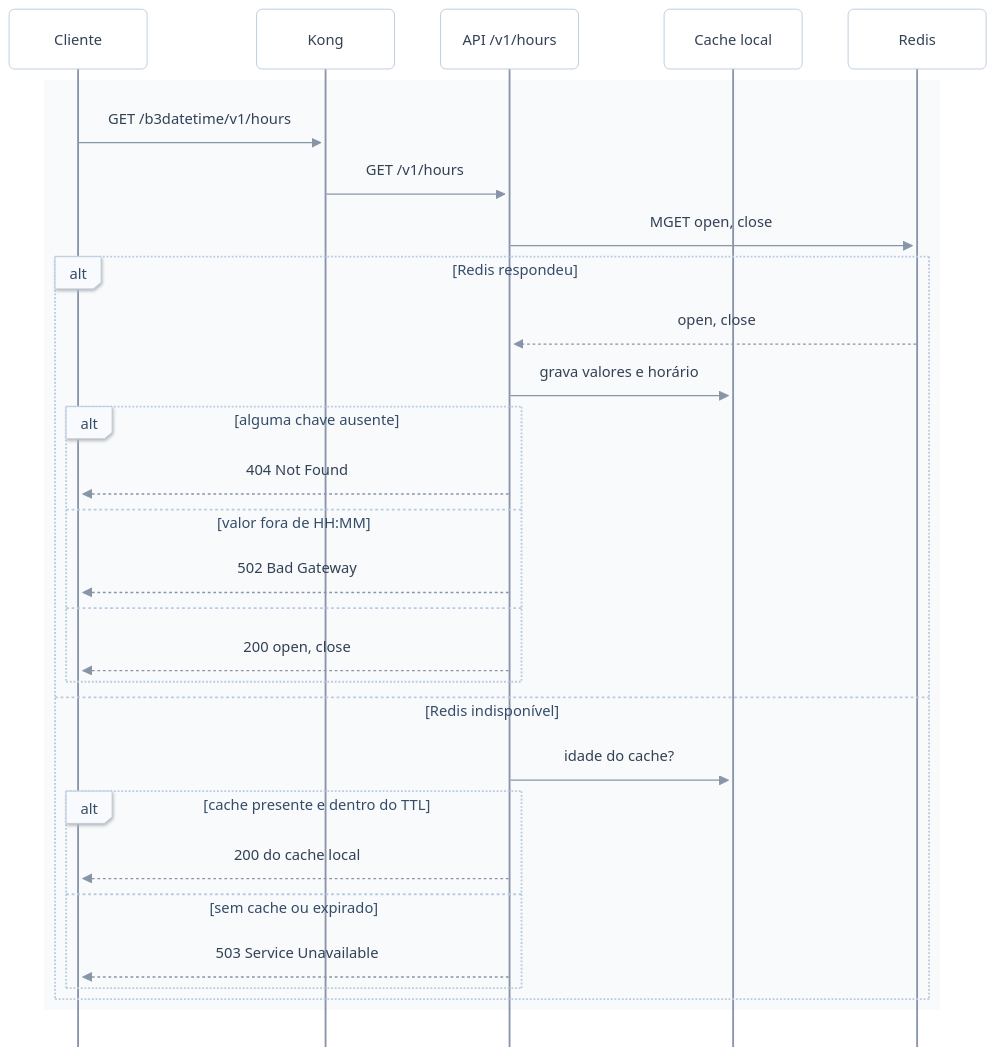
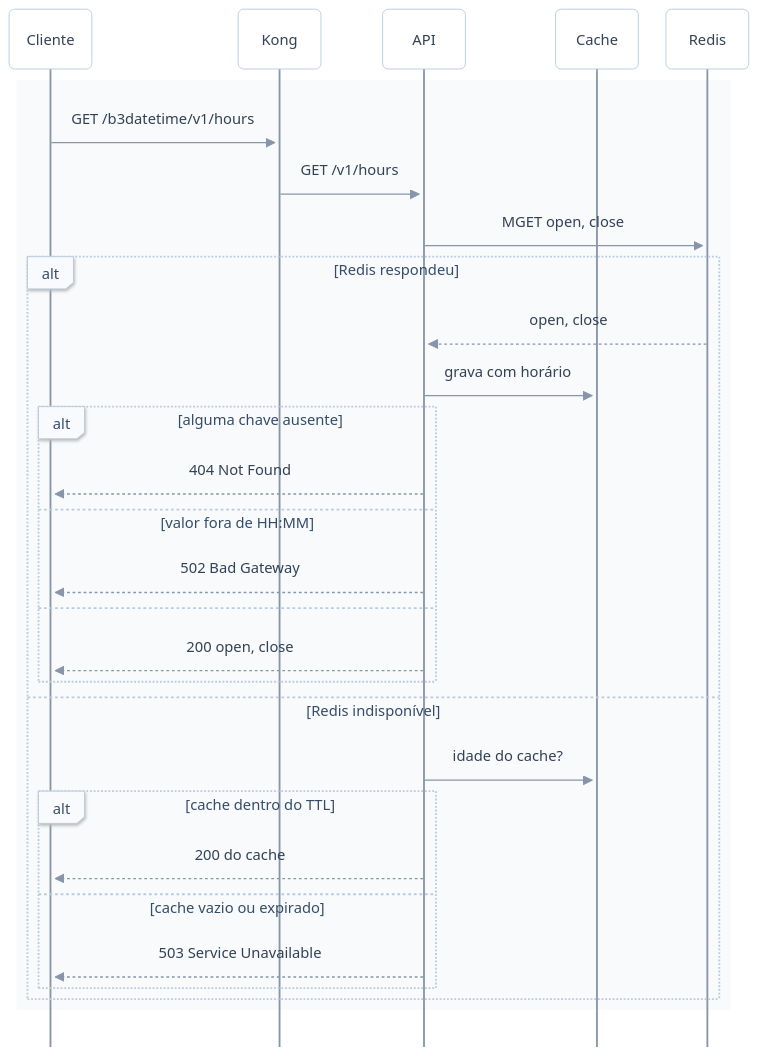
Before and after one commit to rlquilez/b3datetime: the third of 7 diagrams in README.md, drawn with Mermaid. The commit also changed other lines of this file and 8 other files, not shown here.

First line of the commit message:
test(docs): diagramas medidos na coluna real do GitHub (838 px na página inicial)

````diff
--- a/README.md
+++ b/README.md
@@ -270,63 +270,64 @@
 ```mermaid
 ---
 config:
   theme: base
   look: neo
   fontFamily: "Inter, -apple-system, BlinkMacSystemFont, Segoe UI, Noto Sans, Helvetica, Arial, sans-serif"
   themeCSS: ".messageText, .loopText, .loopText tspan, .sectionTitle, .sectionTitle tspan { paint-order: stroke; stroke: #F8FAFC; stroke-width: 12px; stroke-linejoin: round; }"
   themeVariables:
     fontFamily: "Inter, -apple-system, BlinkMacSystemFont, Segoe UI, Noto Sans, Helvetica, Arial, sans-serif"
     fontSize: 15px
     actorBkg: "#FFFFFF"
     actorBorder: "#B9CBDF"
     actorTextColor: "#334155"
     actorLineColor: "#8895A9"
     signalColor: "#8895A9"
     signalTextColor: "#334155"
     labelBoxBkgColor: "#F8FAFD"
     labelBoxBorderColor: "#B9CBDF"
     labelTextColor: "#344C68"
     loopTextColor: "#344C68"
     noteBkgColor: "#FFFAF4"
     noteBorderColor: "#E6CEB1"
     noteTextColor: "#8B623C"
     activationBkgColor: "#E8F7F2"
     activationBorderColor: "#0F9F87"
   sequence:
     mirrorActors: false
-    actorMargin: 50
+    width: 90
+    actorMargin: 30
     boxMargin: 12
     messageMargin: 42
     noteMargin: 12
     diagramMarginX: 24
 ---
 sequenceDiagram
     participant C as Cliente
     participant K as Kong
-    participant A as API /v1/hours
-    participant L as Cache local
+    participant A as API
+    participant L as Cache
     participant R as Redis
     rect rgb(248, 250, 252)
     C->>K: GET /b3datetime/v1/hours
     K->>A: GET /v1/hours
     A->>R: MGET open, close
     alt Redis respondeu
         R-->>A: open, close
-        A->>L: grava valores e horário
+        A->>L: grava com horário
         alt alguma chave ausente
             A-->>C: 404 Not Found
         else valor fora de HH:MM
             A-->>C: 502 Bad Gateway
         else
             A-->>C: 200 open, close
         end
     else Redis indisponível
         A->>L: idade do cache?
-        alt cache presente e dentro do TTL
-            A-->>C: 200 do cache local
-        else sem cache ou expirado
+        alt cache dentro do TTL
+            A-->>C: 200 do cache
+        else cache vazio ou expirado
             A-->>C: 503 Service Unavailable
         end
     end
     end
 ```
````
